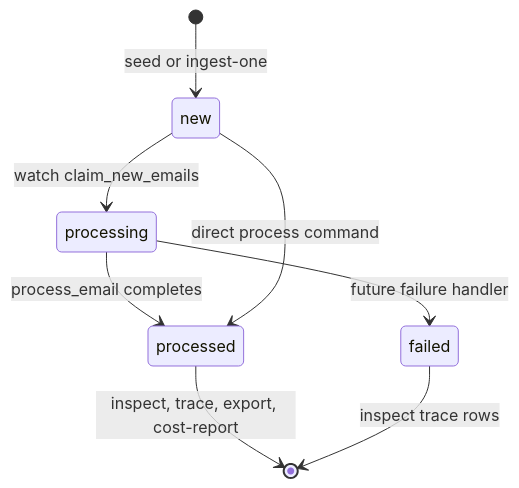
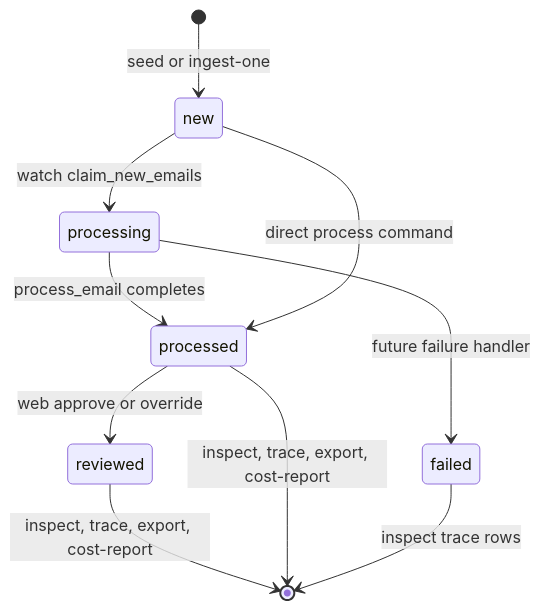
Before and after one commit to gustavorubim/inbox-da: diagram 11 of 13 in README.md, drawn with Mermaid. The commit also changed other lines of this file and 17 other files, not shown here.

````diff
--- a/README.md
+++ b/README.md
@@ -576,10 +664,12 @@
 ```mermaid
 stateDiagram-v2
     [*] --> new: seed or ingest-one
     new --> processing: watch claim_new_emails
     processing --> processed: process_email completes
     processing --> failed: future failure handler
     new --> processed: direct process command
+    processed --> reviewed: web approve or override
+    reviewed --> [*]: inspect, trace, export, cost-report
     processed --> [*]: inspect, trace, export, cost-report
     failed --> [*]: inspect trace rows
 ```
````
